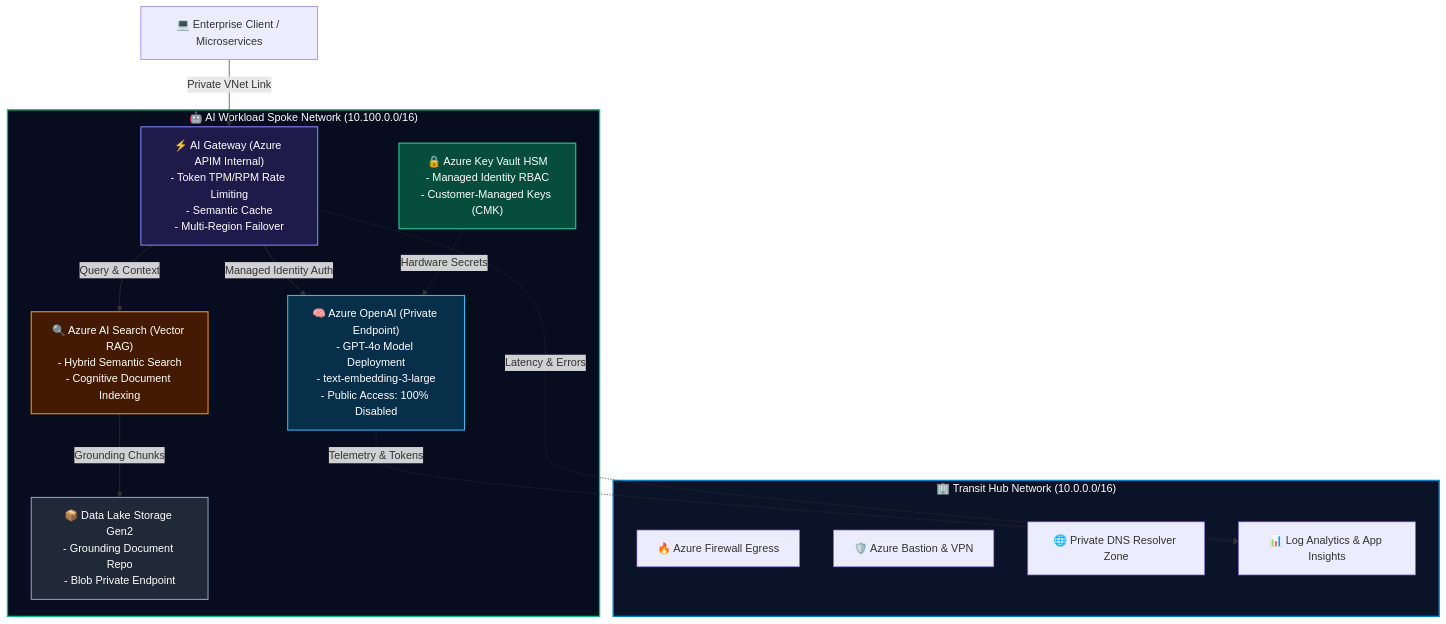
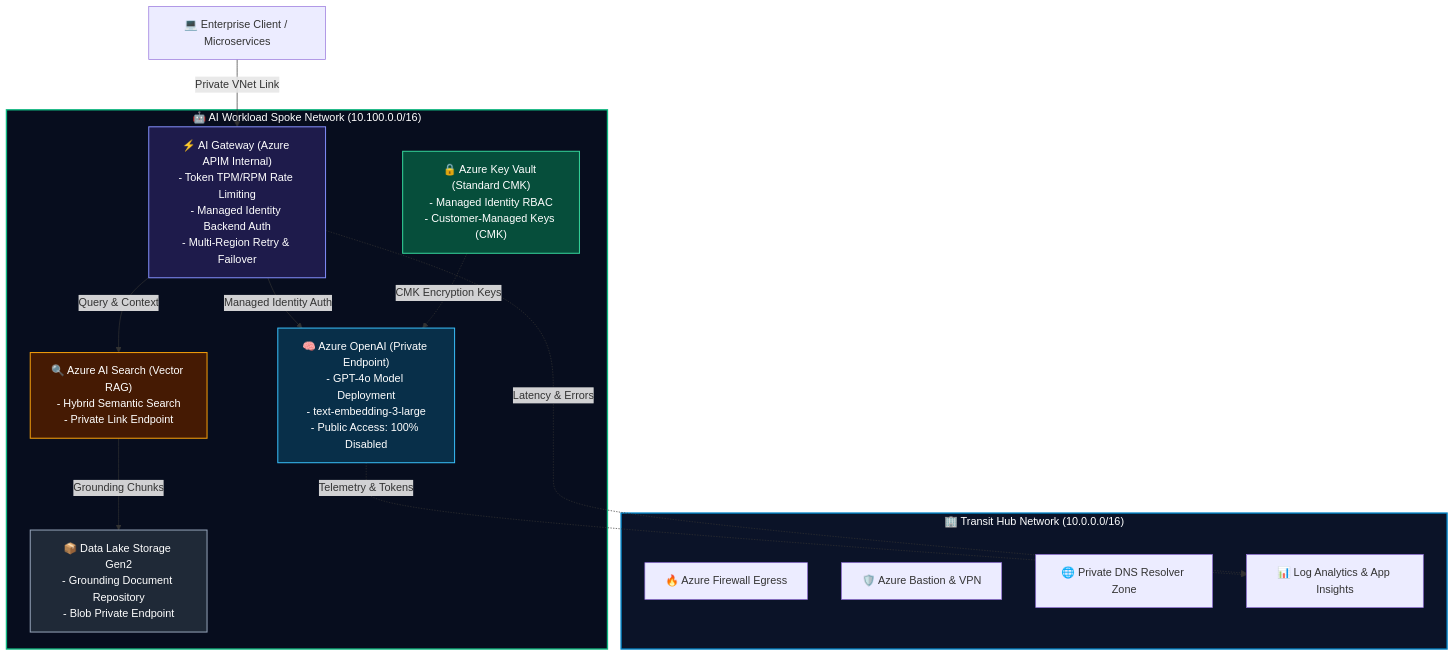
The diagram in README.md (sanjiivsingh/azure-enterprise-ai-landing-zone-terraform), drawn with Mermaid before and after one commit. The commit also changed other lines of this file and 14 other files, not shown here.

Commit message:
fix(architecture): attach apim policy, reconcile key vault sku, map compliance controls, and add evidence (#1)

````diff
--- a/README.md
+++ b/README.md
@@ -20,49 +18,49 @@
 ```mermaid
 flowchart TD
     subgraph Hub["🏢 Transit Hub Network (10.0.0.0/16)"]
         FW[🔥 Azure Firewall Egress]
         BASTION[🛡️ Azure Bastion & VPN]
         DNS[🌐 Private DNS Resolver Zone]
         LOGS[📊 Log Analytics & App Insights]
     end
 
     subgraph Spoke["🤖 AI Workload Spoke Network (10.100.0.0/16)"]
         APIM["⚡ AI Gateway (Azure APIM Internal)
 - Token TPM/RPM Rate Limiting
-- Semantic Cache
-- Multi-Region Failover"]
+- Managed Identity Backend Auth
+- Multi-Region Retry & Failover"]
         
         OAI["🧠 Azure OpenAI (Private Endpoint)
 - GPT-4o Model Deployment
 - text-embedding-3-large
 - Public Access: 100% Disabled"]
         
         SEARCH["🔍 Azure AI Search (Vector RAG)
 - Hybrid Semantic Search
-- Cognitive Document Indexing"]
+- Private Link Endpoint"]
         
-        KV["🔒 Azure Key Vault HSM
+        KV["🔒 Azure Key Vault (Standard CMK)
 - Managed Identity RBAC
 - Customer-Managed Keys (CMK)"]
         
         LAKE["📦 Data Lake Storage Gen2
-- Grounding Document Repo
+- Grounding Document Repository
 - Blob Private Endpoint"]
     end
 
     App[💻 Enterprise Client / Microservices] -->|Private VNet Link| APIM
     APIM -->|Managed Identity Auth| OAI
     APIM -->|Query & Context| SEARCH
     SEARCH -->|Grounding Chunks| LAKE
     OAI -.->|Telemetry & Tokens| LOGS
     APIM -.->|Latency & Errors| LOGS
-    KV -.->|Hardware Secrets| OAI
+    KV -.->|CMK Encryption Keys| OAI
 
     style Hub fill:#0b1328,stroke:#0284c7,stroke-width:2px,color:#fff
     style Spoke fill:#070d1e,stroke:#10b981,stroke-width:2px,color:#fff
     style APIM fill:#1e1b4b,stroke:#818cf8,stroke-width:1.5px,color:#fff
     style OAI fill:#082f49,stroke:#38bdf8,stroke-width:1.5px,color:#fff
     style SEARCH fill:#451a03,stroke:#f59e0b,stroke-width:1.5px,color:#fff
     style KV fill:#064e3b,stroke:#34d399,stroke-width:1.5px,color:#fff
     style LAKE fill:#1f2937,stroke:#94a3b8,stroke-width:1.5px,color:#fff
 ```
````
